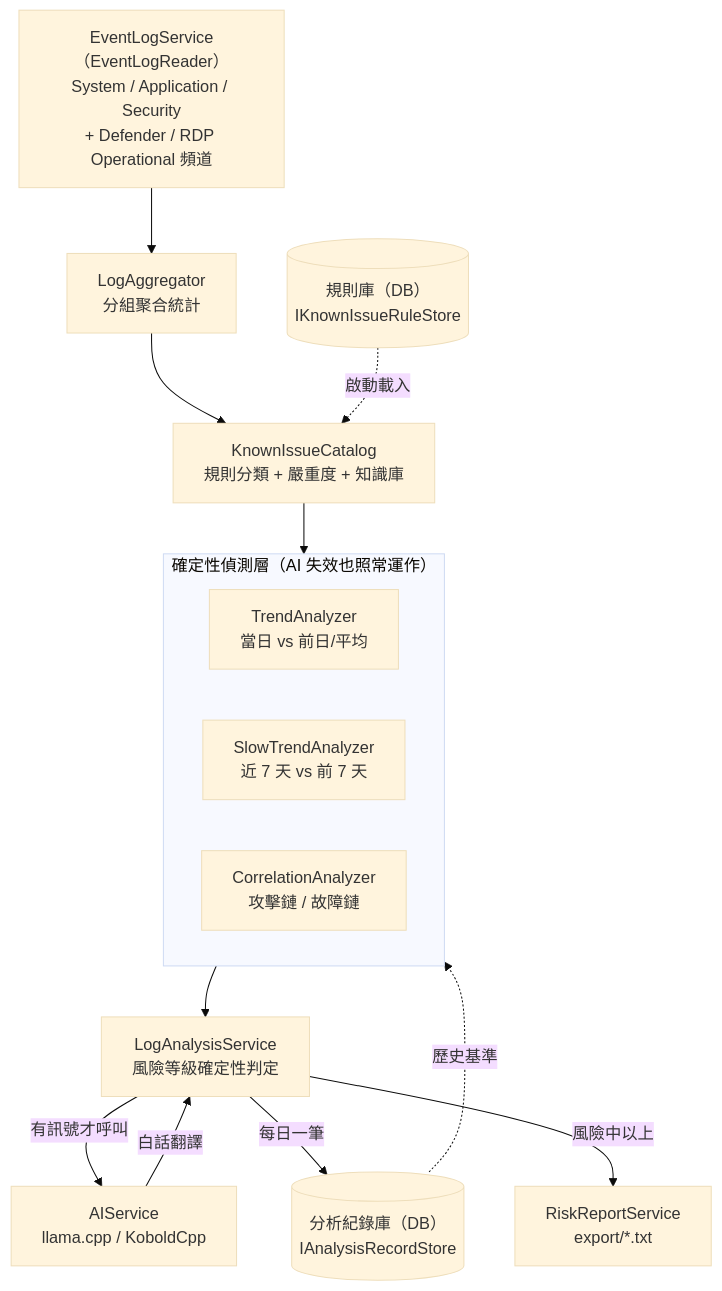
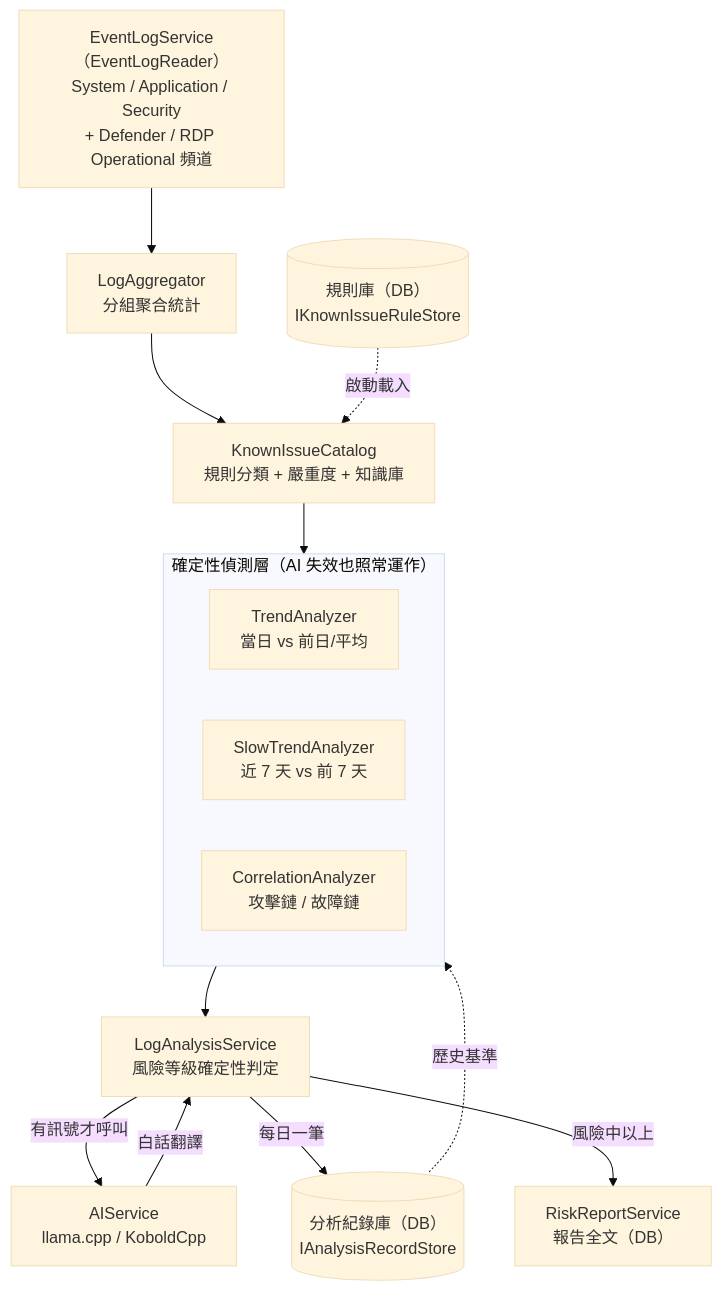
Before and after one commit to darionnnnnn/LogForesight: the diagram in README.md, drawn with Mermaid (base theme). The commit also changed other lines of this file and 59 other files, not shown here.

````diff
--- a/README.md
+++ b/README.md
@@ -55,30 +55,30 @@
 ```mermaid
 flowchart TD
     ELS["EventLogService（EventLogReader）<br/>System / Application / Security<br/>+ Defender / RDP Operational 頻道"]
     AGG["LogAggregator<br/>分組聚合統計"]
     RULES[("規則庫（DB）<br/>IKnownIssueRuleStore")]
     CAT["KnownIssueCatalog<br/>規則分類 + 嚴重度 + 知識庫"]
 
     subgraph DET["確定性偵測層（AI 失效也照常運作）"]
         direction LR
         TREND["TrendAnalyzer<br/>當日 vs 前日/平均"]
         SLOW["SlowTrendAnalyzer<br/>近 7 天 vs 前 7 天"]
         CORR["CorrelationAnalyzer<br/>攻擊鏈 / 故障鏈"]
     end
 
     RISK["LogAnalysisService<br/>風險等級確定性判定"]
     AI["AIService<br/>llama.cpp / KoboldCpp"]
     HIST[("分析紀錄庫（DB）<br/>IAnalysisRecordStore")]
-    REPORT["RiskReportService<br/>export/*.txt"]
+    REPORT["RiskReportService<br/>報告全文（DB）"]
 
     ELS --> AGG
     AGG --> CAT
     CAT --> DET
     DET --> RISK
     RULES -. 啟動載入 .-> CAT
     HIST -. 歷史基準 .-> DET
     RISK -- 有訊號才呼叫 --> AI
     AI -- 白話翻譯 --> RISK
     RISK -- 每日一筆 --> HIST
     RISK -- 風險中以上 --> REPORT
 ```
````
